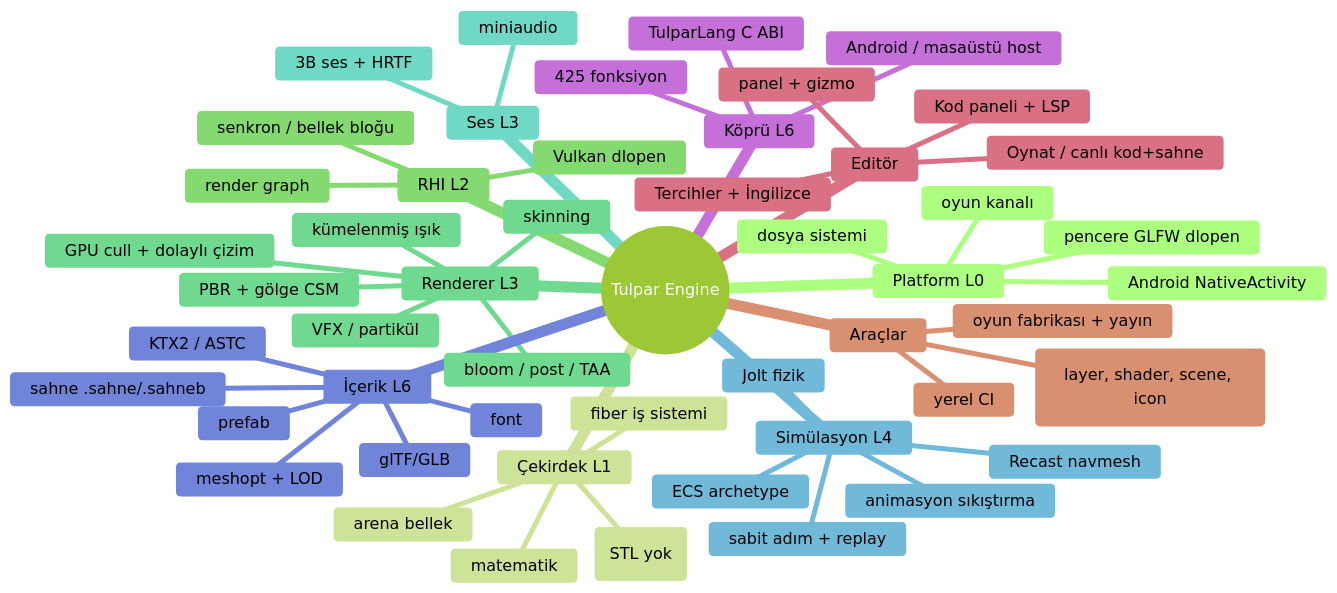
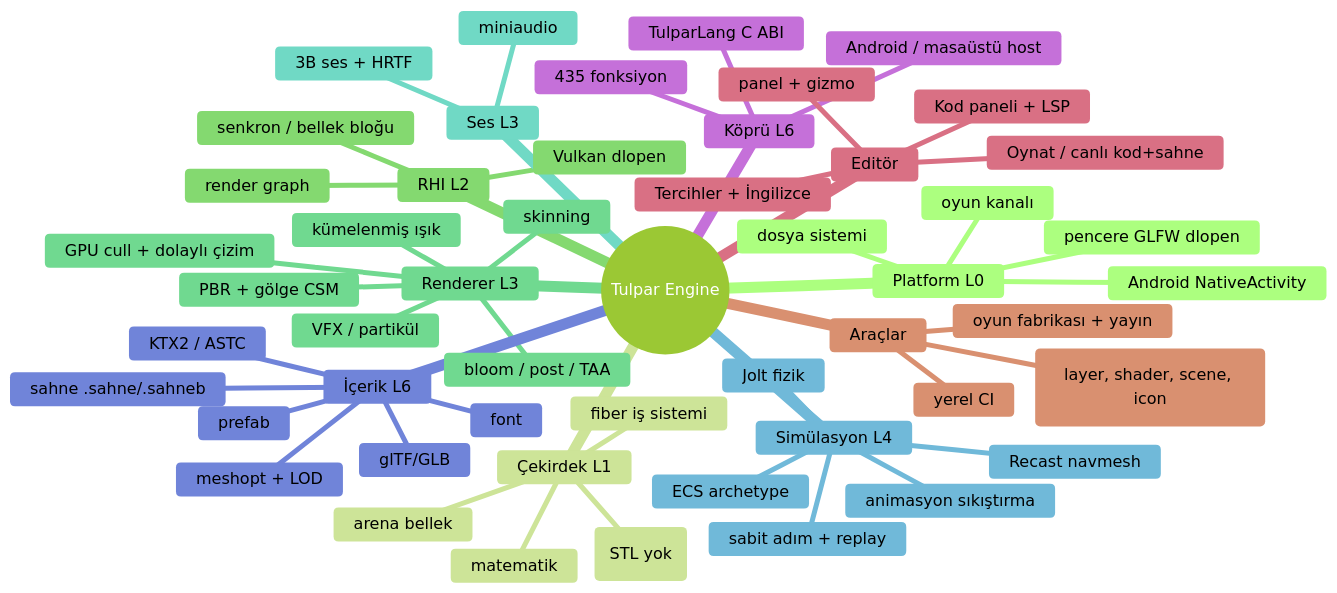
Before and after one commit to hamer1818/tulpar-engine: the diagram in docs/OZELLIK-HARITASI.md, drawn with Mermaid (forest theme). The commit also changed other lines of this file and 13 other files, not shown here.

````diff
--- a/docs/OZELLIK-HARITASI.md
+++ b/docs/OZELLIK-HARITASI.md
@@ -10,54 +10,54 @@
 ```mermaid
 mindmap
   root((Tulpar Engine))
     Platform L0
       pencere GLFW dlopen
       dosya sistemi
       Android NativeActivity
       oyun kanalı
     Çekirdek L1
       fiber iş sistemi
       arena bellek
       matematik
       konteynerler (STL yok)
     RHI L2
       Vulkan dlopen
       render graph
       senkron / bellek bloğu
     Renderer L3
       PBR + gölge CSM
       bloom / post / TAA
       GPU cull + dolaylı çizim
       kümelenmiş ışık
       skinning
       VFX / partikül
     Ses L3
       miniaudio
       3B ses + HRTF
     Simülasyon L4
       ECS archetype
       Jolt fizik
       Recast navmesh
       animasyon sıkıştırma
       sabit adım + replay
     İçerik L6
       glTF/GLB
       sahne .sahne/.sahneb
       KTX2 / ASTC
       meshopt + LOD
       font
       prefab
     Köprü L6
       TulparLang C ABI
-      425 fonksiyon
+      435 fonksiyon
       Android / masaüstü host
     Editör
       panel + gizmo
       Kod paneli + LSP
       Oynat / canlı kod+sahne
       Tercihler + İngilizce
     Araçlar
       kapılar (layer, shader, scene, icon)
       yerel CI
       oyun fabrikası + yayın
 ```
````
